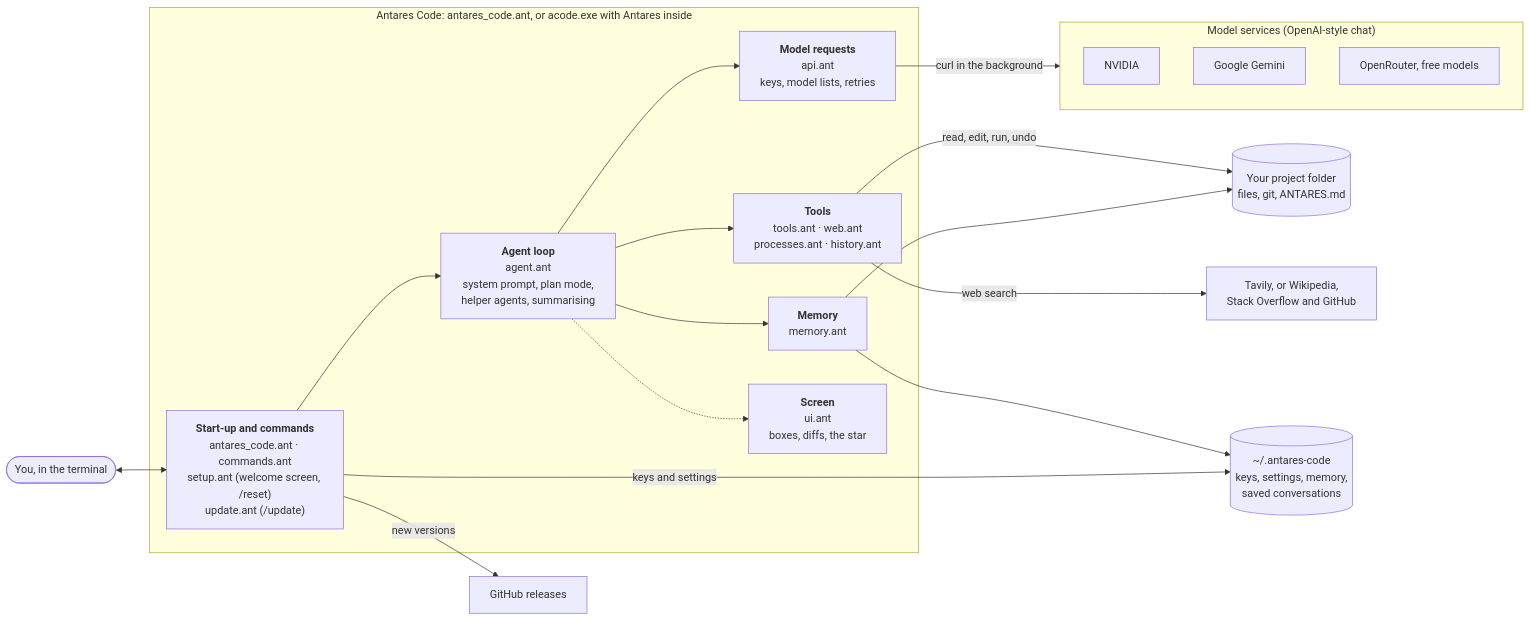
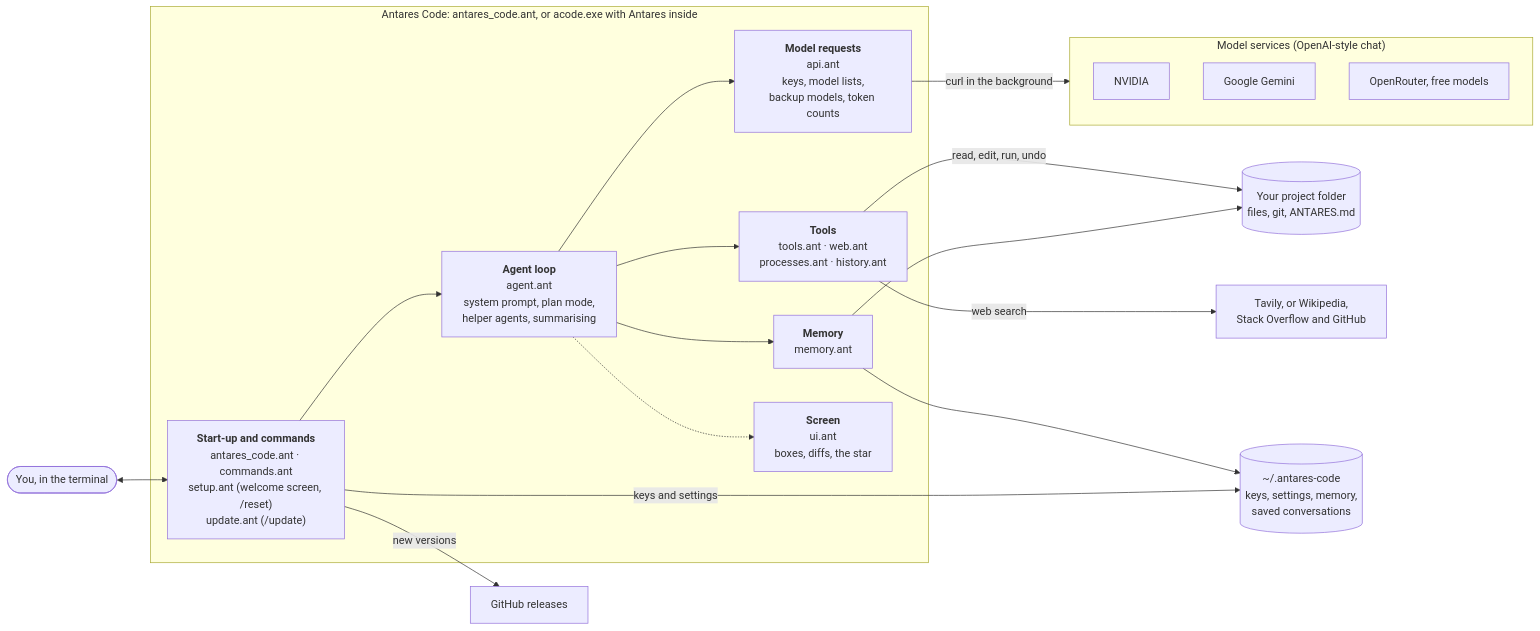
One commit to Madushan996/AntaresCode changed the first of 2 diagrams in README.md. Above: the diagram before and after it, drawn with Mermaid. The commit also changed other lines of this file and 9 other files, not shown here.

First line of the commit message:
Backup models that take over by themselves, and tokens used per session

````diff
--- a/README.md
+++ b/README.md
@@ -393,38 +461,38 @@
 ```mermaid
 flowchart LR
     you(["You, in the terminal"])
 
     subgraph app["Antares Code: antares_code.ant, or acode.exe with Antares inside"]
         start["<b>Start-up and commands</b><br/>antares_code.ant · commands.ant<br/>setup.ant (welcome screen, /reset)<br/>update.ant (/update)"]
         agent["<b>Agent loop</b><br/>agent.ant<br/>system prompt, plan mode,<br/>helper agents, summarising"]
-        api["<b>Model requests</b><br/>api.ant<br/>keys, model lists, retries"]
+        api["<b>Model requests</b><br/>api.ant<br/>keys, model lists,<br/>backup models, token counts"]
         tools["<b>Tools</b><br/>tools.ant · web.ant<br/>processes.ant · history.ant"]
         mem["<b>Memory</b><br/>memory.ant"]
         ui["<b>Screen</b><br/>ui.ant<br/>boxes, diffs, the star"]
     end
 
     subgraph services["Model services (OpenAI-style chat)"]
         nvidia["NVIDIA"]
         gemini["Google Gemini"]
         openrouter["OpenRouter, free models"]
     end
 
     project[("Your project folder<br/>files, git, ANTARES.md")]
     data[("~/.antares-code<br/>keys, settings, memory,<br/>saved conversations")]
     ddg["Tavily, or Wikipedia,<br/>Stack Overflow and GitHub"]
     github["GitHub releases"]
 
     you <--> start
     start --> agent
     agent --> api
     agent --> tools
     agent --> mem
     agent -.-> ui
     api -- "curl in the background" --> services
     tools -- "read, edit, run, undo" --> project
     tools -- "web search" --> ddg
     mem --> data
     mem --> project
     start -- "keys and settings" --> data
     start -- "new versions" --> github
 ```
````
